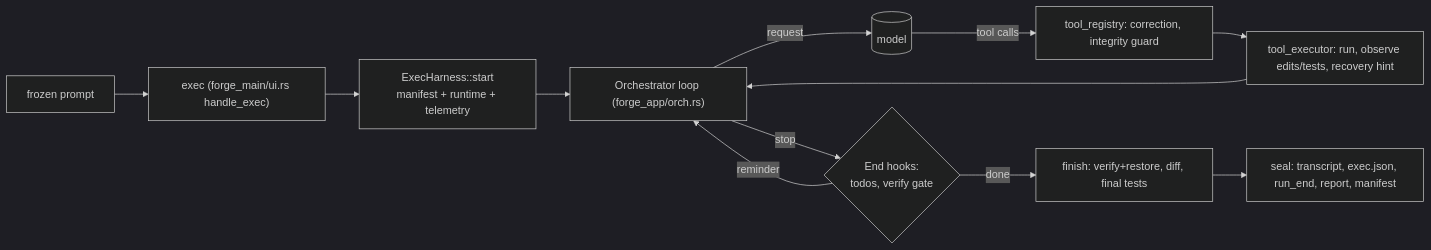
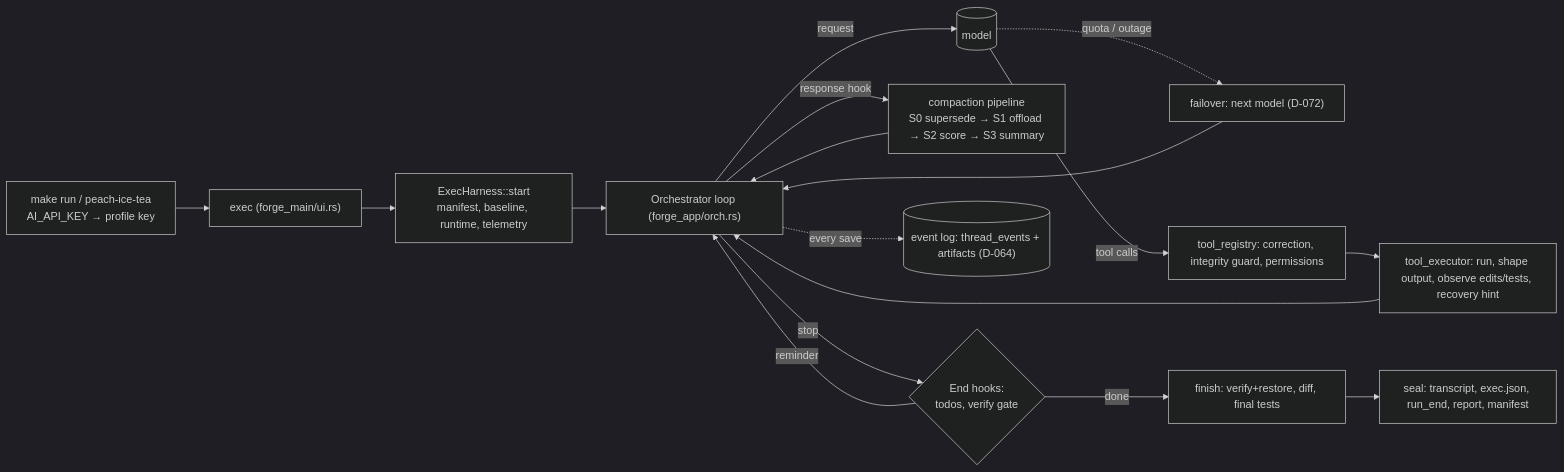
One commit to Ankush-Jha/peach-ice-tea changed the diagram in documentation/ARCHITECTURE.md. Above: the diagram before and after it, drawn with Mermaid (dark theme). The commit also changed other lines of this file and 13 other files, not shown here.

First line of the commit message:
ARCHITECTURE: every §25 answer cites a real run's telemetry, committed as evidence (D-080)

````diff
--- a/documentation/ARCHITECTURE.md
+++ b/documentation/ARCHITECTURE.md
@@ -13,14 +14,19 @@
 ```mermaid
 flowchart LR
-  P[frozen prompt] --> E["exec (forge_main/ui.rs handle_exec)"]
-  E --> H["ExecHarness::start<br/>manifest + runtime + telemetry"]
+  P["make run / peach-ice-tea<br/>AI_API_KEY → profile key"] --> E["exec (forge_main/ui.rs)"]
+  E --> H["ExecHarness::start<br/>manifest, baseline, runtime, telemetry"]
   H --> L["Orchestrator loop (forge_app/orch.rs)"]
   L -->|request| M[(model)]
-  M -->|tool calls| R["tool_registry: correction, integrity guard"]
-  R --> X["tool_executor: run, observe edits/tests, recovery hint"]
+  M -.->|quota / outage| F2["failover: next model (D-072)"]
+  F2 --> L
+  M -->|tool calls| R["tool_registry: correction, integrity guard, permissions"]
+  R --> X["tool_executor: run, shape output, observe edits/tests, recovery hint"]
   X --> L
+  L -->|response hook| C["compaction pipeline<br/>S0 supersede → S1 offload → S2 score → S3 summary"]
+  C --> L
   L -->|stop| G{"End hooks:<br/>todos, verify gate"}
   G -->|reminder| L
   G -->|done| F["finish: verify+restore, diff, final tests"]
   F --> S["seal: transcript, exec.json, run_end, report, manifest"]
+  L -. every save .-> EV[("event log: thread_events + artifacts (D-064)")]
 ```
````
